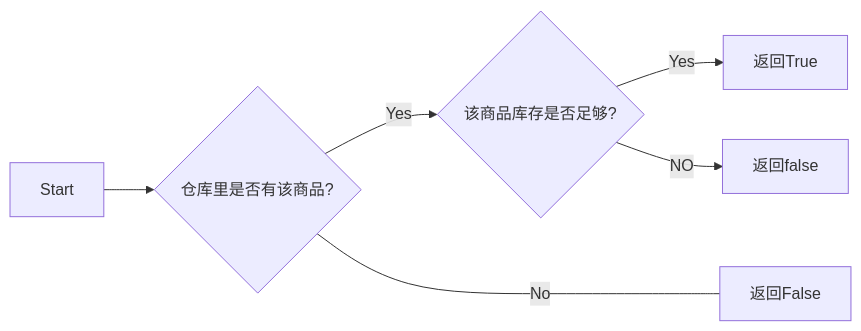
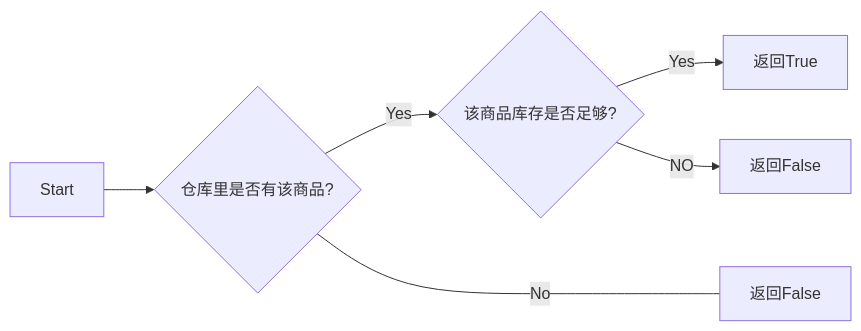
The second of 2 diagrams in python_course-main/Experiments/experiment4.md (ShenJia0722/python-from-shenjia), drawn with Mermaid before and after one commit. The commit also changed other lines of this file, not shown here.

Commit message:
实验

````diff
--- a/python_course-main/Experiments/experiment4.md
+++ b/python_course-main/Experiments/experiment4.md
@@ -497,8 +497,8 @@
 ```mermaid
 flowchart LR
     A[Start] --> B{仓库里是否有该商品?}
     B -->|Yes| C{该商品库存是否足够?}
     B ----|No| D[返回False]
     C -->|Yes| E[返回True]
-    C -->|NO| F[返回false]
+    C -->|NO| F[返回False]
 ```
````
